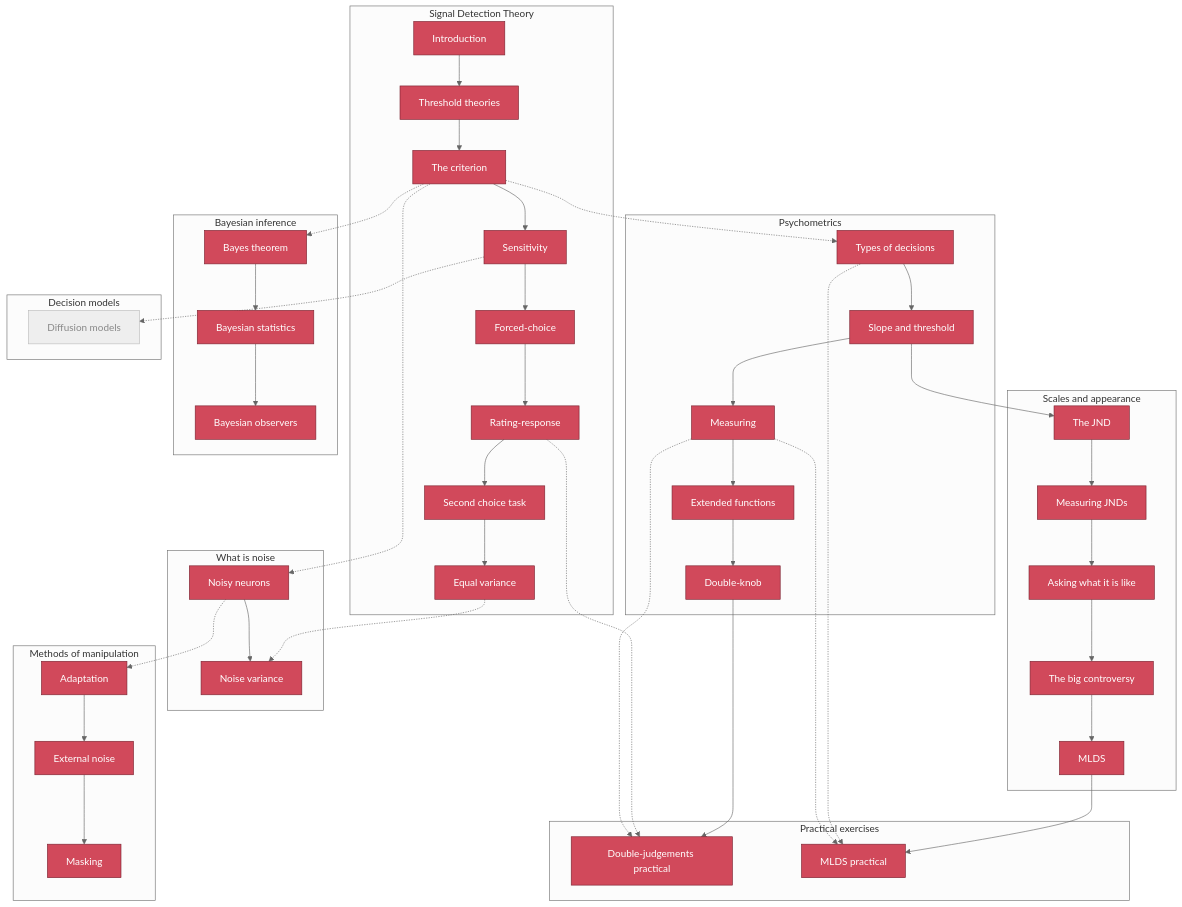
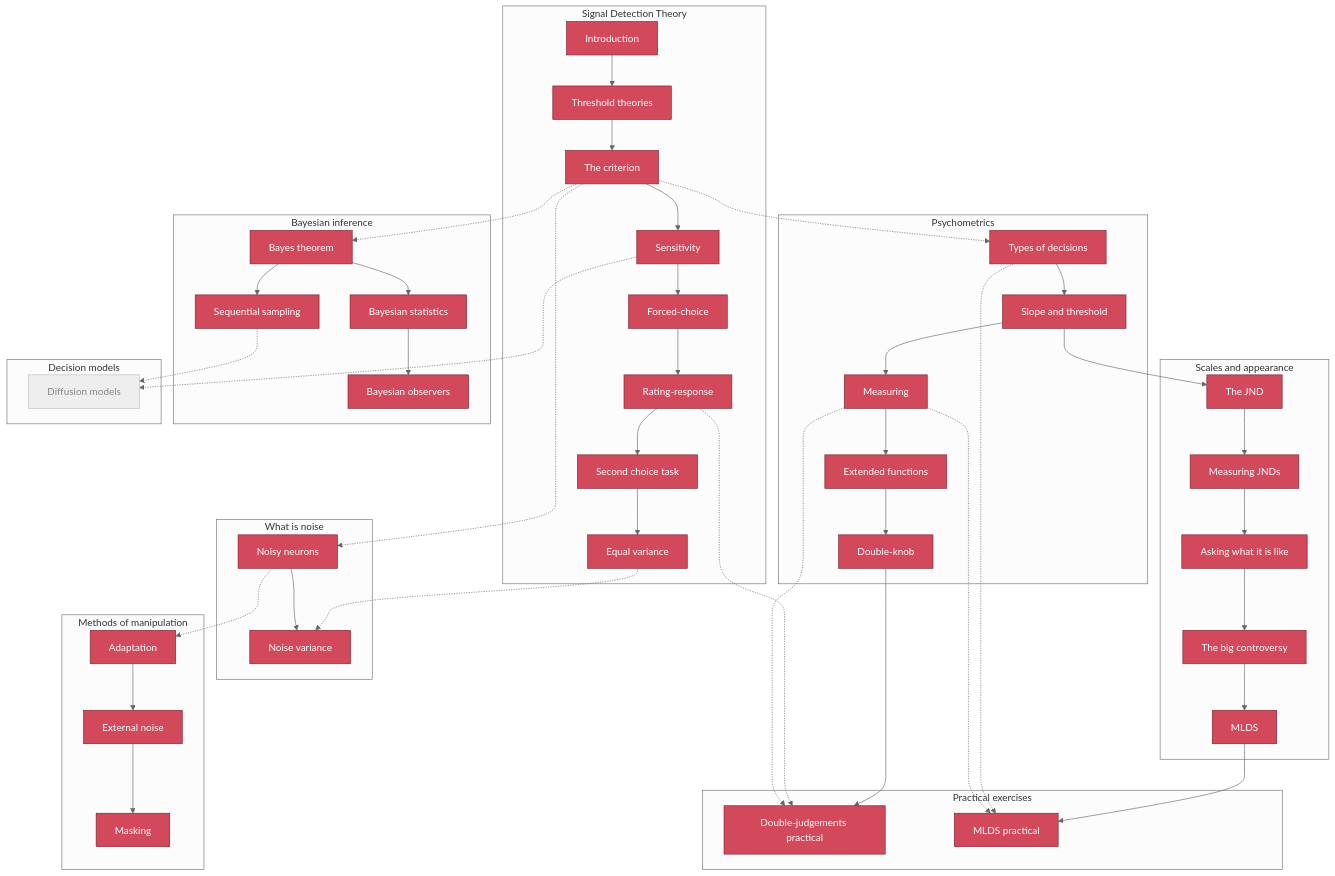
Before and after one commit to tbalsdon/psychophysical-choose-your-own-adventure: the diagram in sitemap.md, drawn with Mermaid (neutral theme). The commit also changed 5 other files, not shown here.

First line of the commit message:
Add Bayesian sequential sampling module (under Bayesian inference)

````diff
--- a/sitemap.md
+++ b/sitemap.md
@@ -53,6 +53,7 @@
         bth[Bayes theorem]
         bstat[Bayesian statistics]
         bobs[Bayesian observers]
+        bseq[Sequential sampling]
     end
 
     subgraph DM [Decision models]
@@ -77,6 +78,8 @@
     e -.-> dm1
     d -.-> bth
     bth --> bstat --> bobs
+    bth --> bseq
+    bseq -.-> dm1
     pdk --> prac
     g -.-> prac
     pme -.-> prac
@@ -86,7 +89,7 @@
 
     classDef done fill:#d1495b,stroke:#7a2230,color:#fff;
     classDef todo fill:#eee,stroke:#bbb,color:#888;
-    class a,b,d,e,f,g,h,i,nn,nv,pdec,pst,pme,pex,pdk,sjnd,sst,sask,sctrl,smlds,madapt,mext,mmask,bth,bstat,bobs,prac,pracM done;
+    class a,b,d,e,f,g,h,i,nn,nv,pdec,pst,pme,pex,pdk,sjnd,sst,sask,sctrl,smlds,madapt,mext,mmask,bth,bstat,bobs,bseq,prac,pracM done;
     class dm1 todo;
 
     click a "../modules/sdt-intro"
@@ -115,6 +118,7 @@
     click bth "../modules/bayes"
     click bstat "../modules/bayes-statistics"
     click bobs "../modules/bayes-observers"
+    click bseq "../modules/bayes-sequential"
     click prac "../modules/practical-double-judgements"
     click pracM "../modules/practical-mlds"
 ```
````
